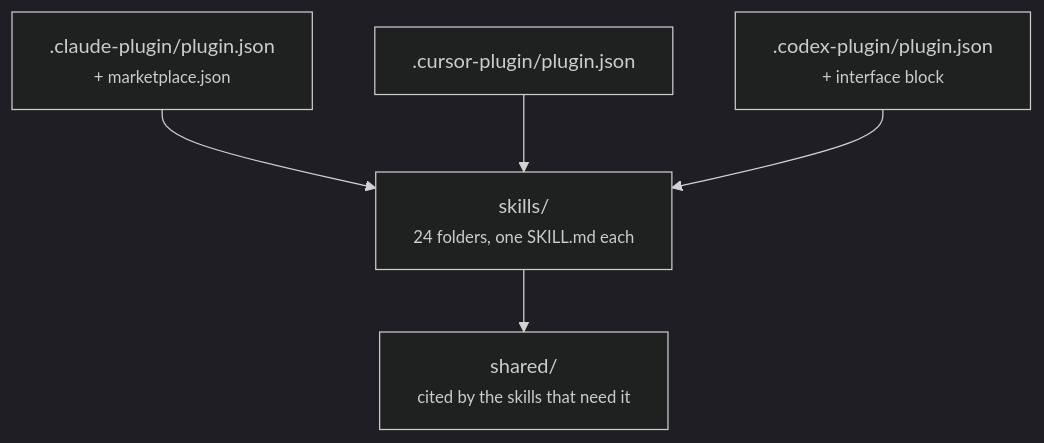
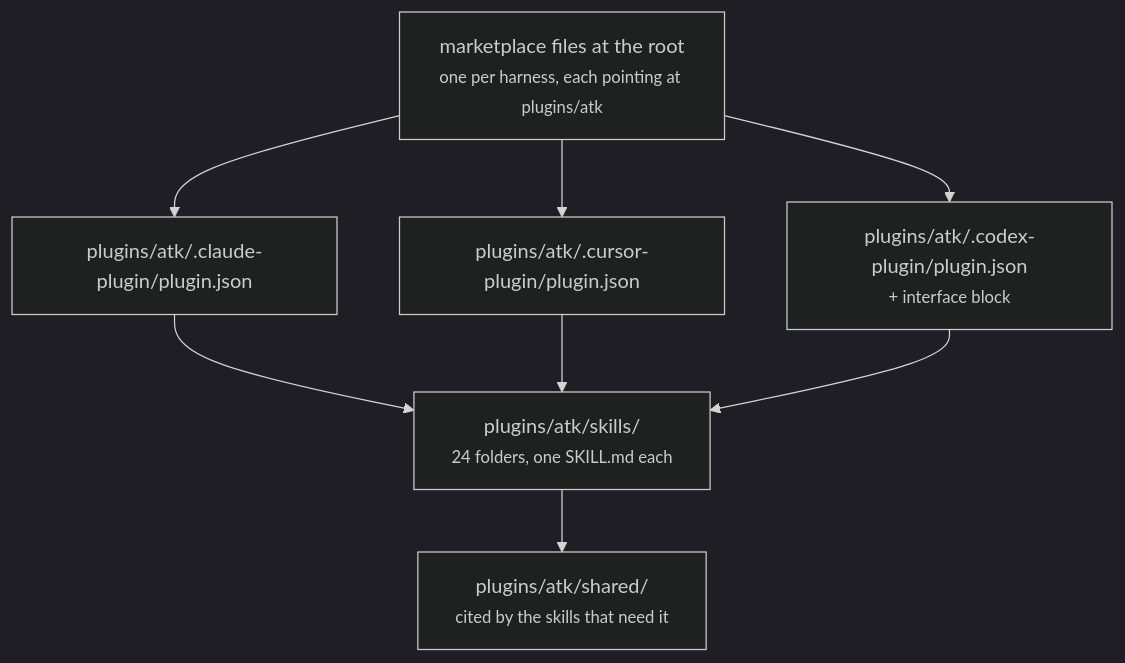
The first of 2 diagrams in docs/system-architecture.md (lamngockhuong/aiteamkit), drawn with Mermaid (dark theme) before and after one commit. The commit also changed other lines of this file and 17 other files, not shown here.

First line of the commit message:
docs: describe the plugins/atk/ layout and follow its paths

````diff
--- a/docs/system-architecture.md
+++ b/docs/system-architecture.md
@@ -46,7 +57,10 @@
 ```mermaid
 flowchart TD
-    CP[".claude-plugin/plugin.json<br/><small>+ marketplace.json</small>"] --> SK["skills/<br/><small>24 folders, one SKILL.md each</small>"]
-    UP[".cursor-plugin/plugin.json"] --> SK
-    XP[".codex-plugin/plugin.json<br/><small>+ interface block</small>"] --> SK
-    SK --> SH["shared/<br/><small>cited by the skills that need it</small>"]
+    MK["marketplace files at the root<br/><small>one per harness, each pointing at plugins/atk</small>"] --> CP
+    MK --> UP
+    MK --> XP
+    CP["plugins/atk/.claude-plugin/plugin.json"] --> SK["plugins/atk/skills/<br/><small>24 folders, one SKILL.md each</small>"]
+    UP["plugins/atk/.cursor-plugin/plugin.json"] --> SK
+    XP["plugins/atk/.codex-plugin/plugin.json<br/><small>+ interface block</small>"] --> SK
+    SK --> SH["plugins/atk/shared/<br/><small>cited by the skills that need it</small>"]
 ```
````
